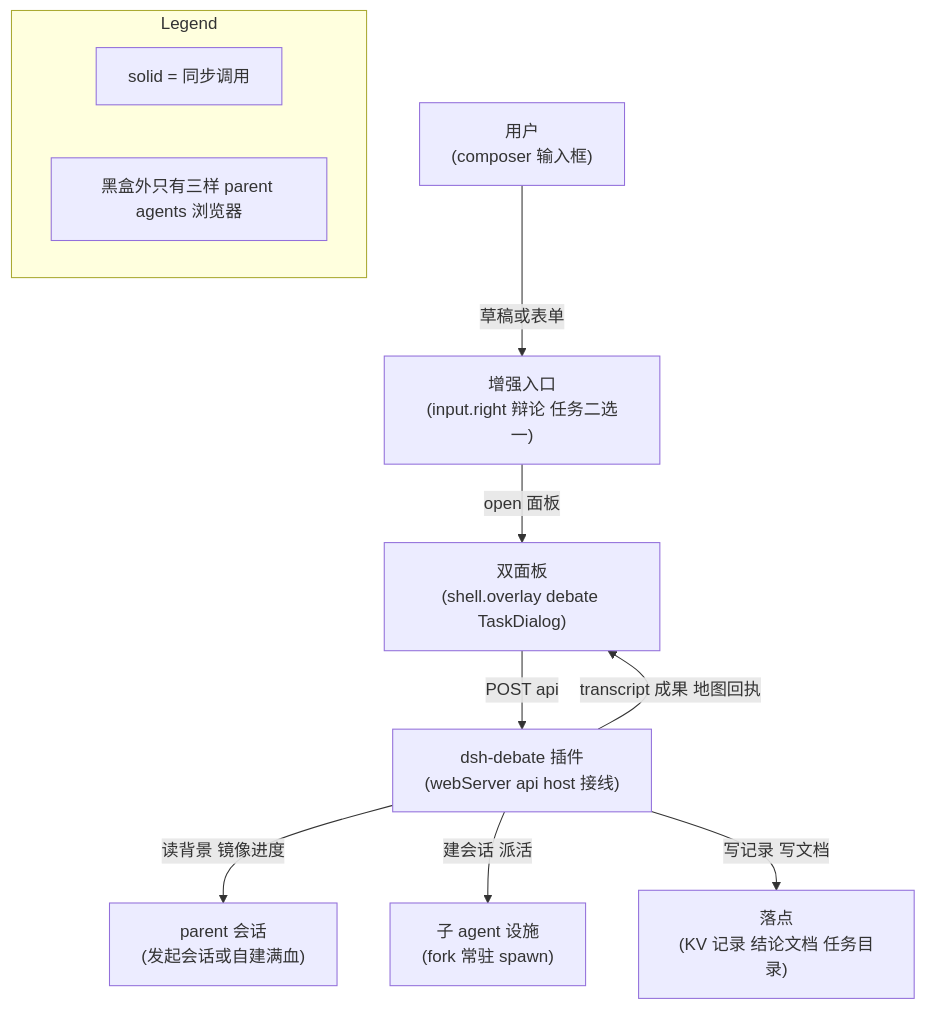
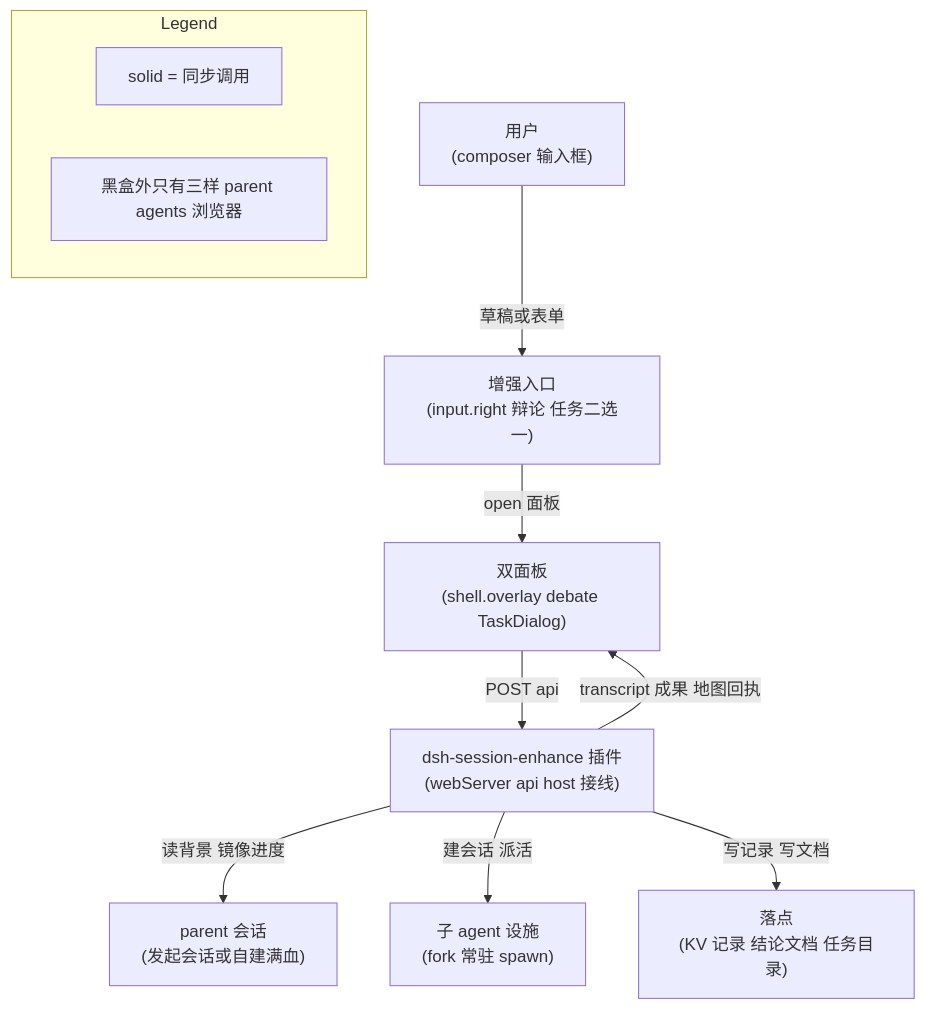
The first of 4 diagrams in docs/architecture.md (doubleelec/dsh-debate), drawn with Mermaid before and after one commit. The commit also changed other lines of this file and 40 other files, not shown here.

First line of the commit message:
feat!: rename to dsh-session-enhance and drop model tools

````diff
--- a/docs/architecture.md
+++ b/docs/architecture.md
@@ -54,24 +54,24 @@
 ```mermaid
 flowchart TD
     user["用户<br/>(composer 输入框)"]
     menu["增强入口<br/>(input.right 辩论 任务二选一)"]
     panels["双面板<br/>(shell.overlay debate TaskDialog)"]
-    plugin["dsh-debate 插件<br/>(webServer api host 接线)"]
+    plugin["dsh-session-enhance 插件<br/>(webServer api host 接线)"]
     parent["parent 会话<br/>(发起会话或自建满血)"]
     agents["子 agent 设施<br/>(fork 常驻 spawn)"]
     disk["落点<br/>(KV 记录 结论文档 任务目录)"]
 
     user -->|"草稿或表单"| menu
     menu -->|"open 面板"| panels
     panels -->|"POST api"| plugin
     plugin -->|"读背景 镜像进度"| parent
     plugin -->|"建会话 派活"| agents
     plugin -->|"写记录 写文档"| disk
     plugin -->|"transcript 成果 地图回执"| panels
 
     subgraph CtxLegend["Legend"]
         direction LR
         C1["solid = 同步调用"]
         C2["黑盒外只有三样 parent agents 浏览器"]
     end
 ```
````
